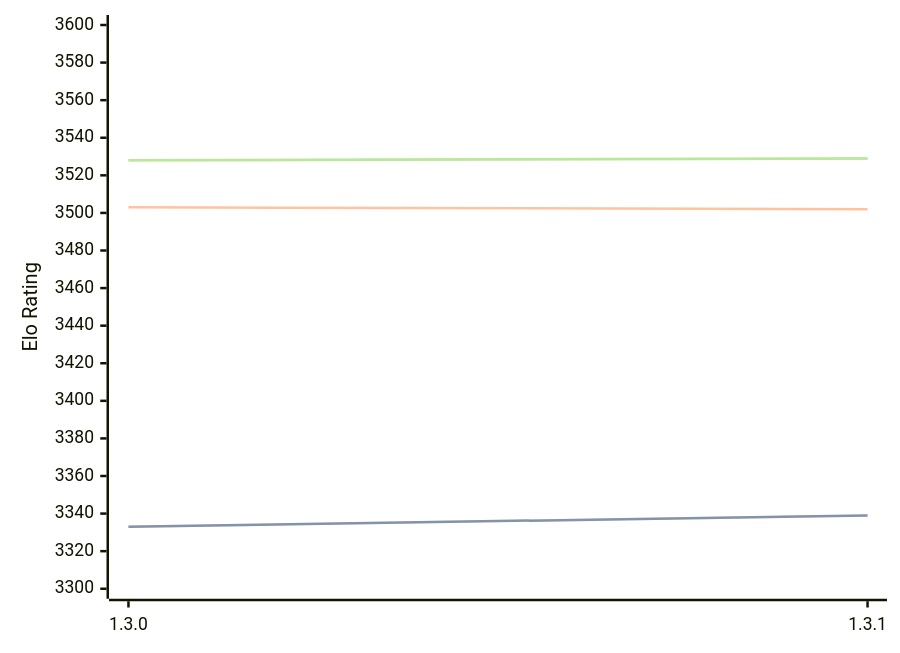
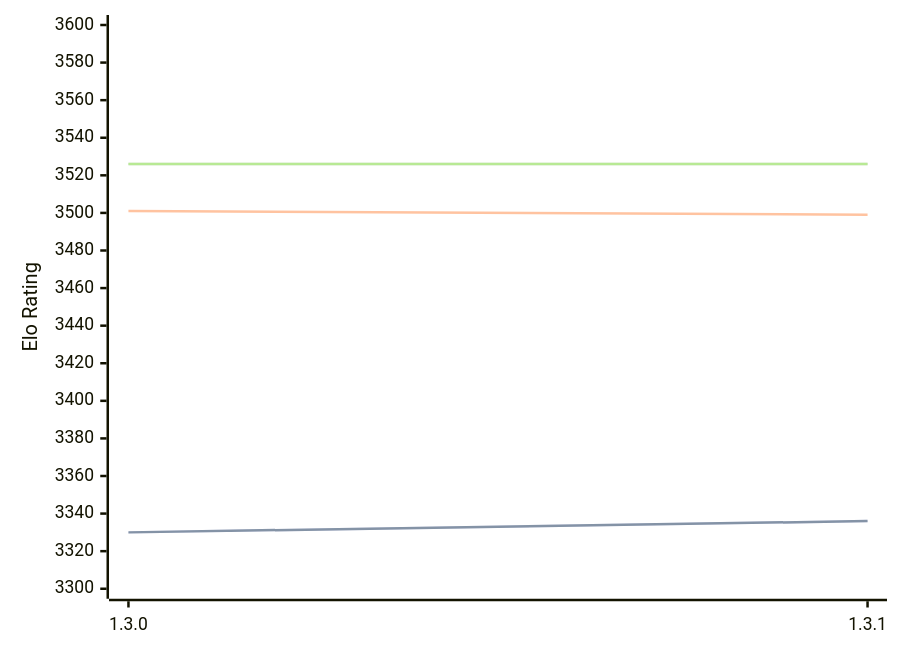
One commit to computer-chess-index/cci changed the diagram in engines/Renegade.md. Above: the diagram before and after it, drawn with Mermaid. The commit also changed other lines of this file, not shown here.

Commit message:
Update CCI Ratings (ELO VLTC) - 2026-08-12

````diff
--- a/engines/Renegade.md
+++ b/engines/Renegade.md
@@ -33,11 +33,11 @@
 ```mermaid
 %%{init: {"theme":"base","themeVariables":{"seriesColors:['#a3a3a3','#222221','#faa371']}}}%%
 xychart-beta
   x-axis ["1.3.0", "1.3.1"]
   y-axis "Elo Rating" 3300 --> 3600
-  line "STC (8.0+0.08s)" [3333, 3339]
-  line "STC (8.0+0.08s)" [3333, 3339]
-  line "LTC (60.0+0.60s)" [3503, 3502]
-  line "VLTC (2m24s+1.12s)" [3528, 3529]
-  line "VLTC (2m24s+1.12s)" [3528, 3529]
+  line "STC (8.0+0.08s)" [3330, 3336]
+  line "STC (8.0+0.08s)" [3330, 3336]
+  line "LTC (60.0+0.60s)" [3501, 3499]
+  line "VLTC (2m24s+1.12s)" [3526, 3526]
+  line "VLTC (2m24s+1.12s)" [3526, 3526]
 ```
````
